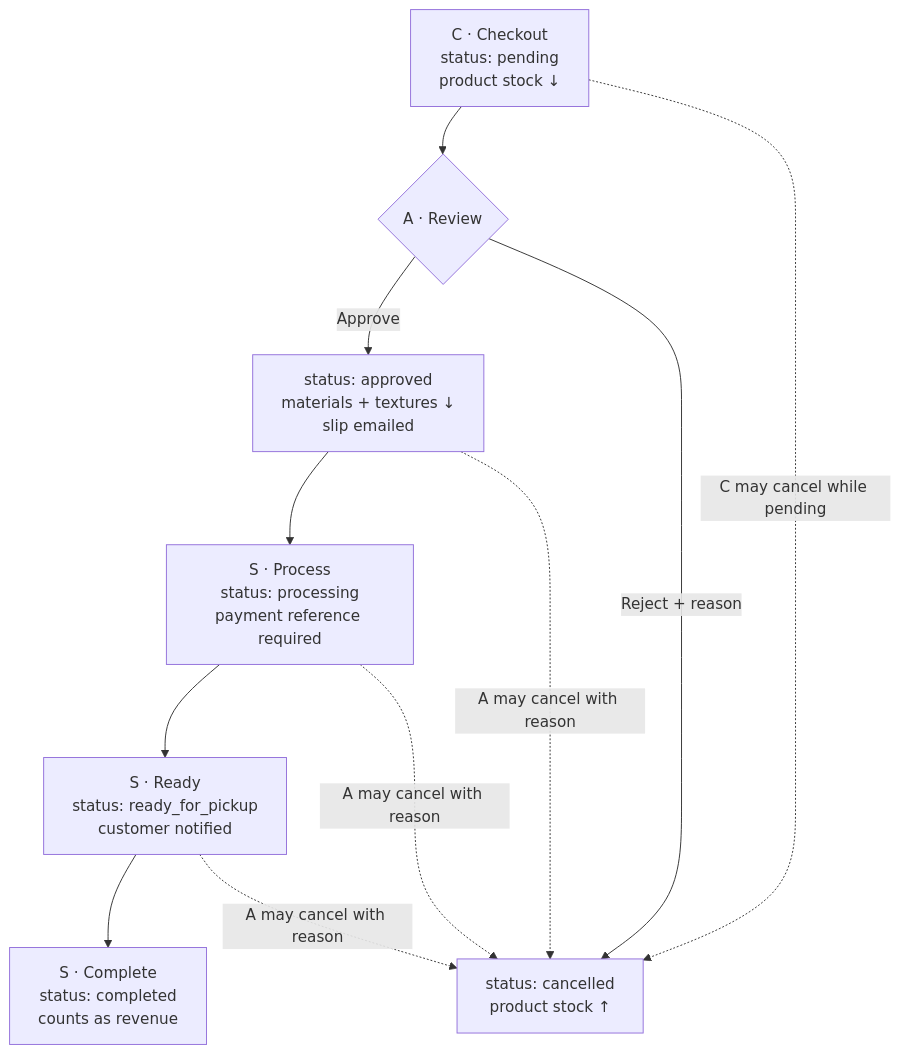
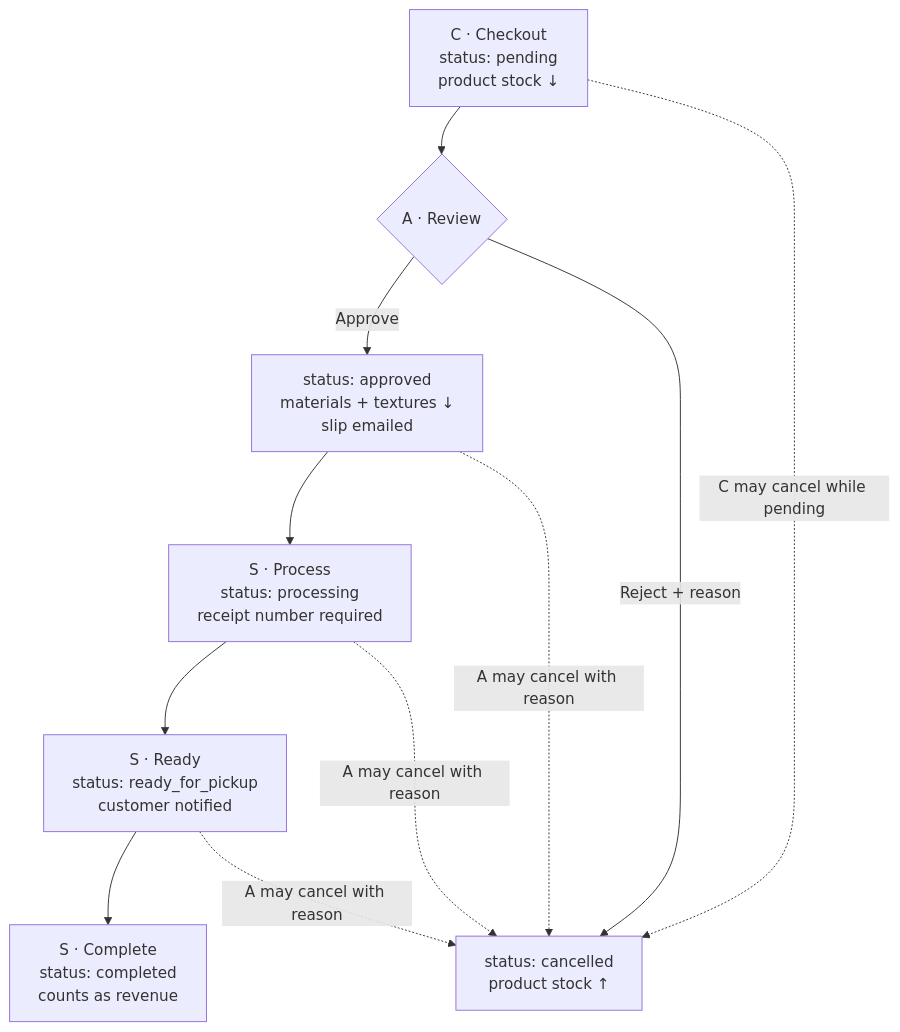
One commit to genuwin14/FabLab changed the third of 6 diagrams in backend/docs/UserGuide/SystemProcess.md. Above: the diagram before and after it, drawn with Mermaid. The commit also changed other lines of this file and 17 other files, not shown here.

First line of the commit message:
feat(orders): call the payment reference the receipt number, and show it to the customer

````diff
--- a/backend/docs/UserGuide/SystemProcess.md
+++ b/backend/docs/UserGuide/SystemProcess.md
@@ -337,13 +337,13 @@
 ```mermaid
 flowchart TD
     A["C · Checkout<br/>status: pending<br/>product stock ↓"] --> B{"A · Review"}
     B -- "Approve" --> C["status: approved<br/>materials + textures ↓<br/>slip emailed"]
     B -- "Reject + reason" --> X["status: cancelled<br/>product stock ↑"]
-    C --> D["S · Process<br/>status: processing<br/>payment reference required"]
+    C --> D["S · Process<br/>status: processing<br/>receipt number required"]
     D --> E["S · Ready<br/>status: ready_for_pickup<br/>customer notified"]
     E --> F["S · Complete<br/>status: completed<br/>counts as revenue"]
     A -. "C may cancel while pending" .-> X
     C -. "A may cancel with reason" .-> X
     D -. "A may cancel with reason" .-> X
     E -. "A may cancel with reason" .-> X
 ```
````
